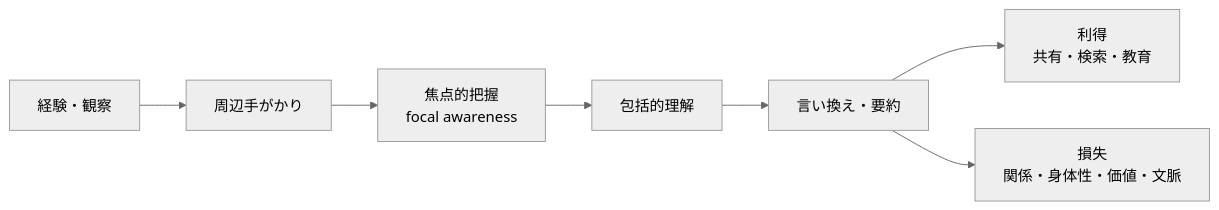
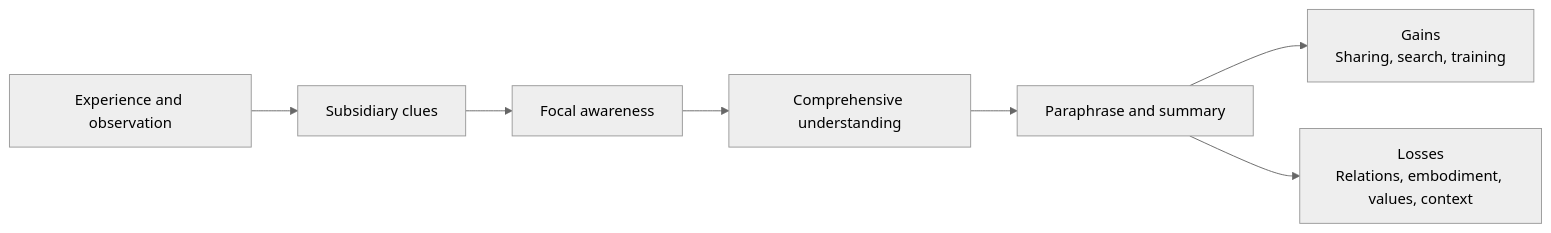
Before and after one commit to daylight55/research: the first of 3 diagrams in content/blog/en/comprehensive-understanding-paraphrase-risk.mdx, drawn with Mermaid (neutral theme). The commit also changed other lines of this file and 26 other files, not shown here.

Commit message:
Translate English Mermaid labels

````diff
--- a/content/blog/en/comprehensive-understanding-paraphrase-risk.mdx
+++ b/content/blog/en/comprehensive-understanding-paraphrase-risk.mdx
@@ -25,9 +25,9 @@
 ```mermaid
 flowchart LR
-  A["経験・観察"] --> B["周辺手がかり"]
-  B --> C["焦点的把握<br/>focal awareness"]
-  C --> D["包括的理解"]
-  D --> E["言い換え・要約"]
-  E --> F["利得<br/>共有・検索・教育"]
-  E --> G["損失<br/>関係・身体性・価値・文脈"]
+  A["Experience and observation"] --> B["Subsidiary clues"]
+  B --> C["Focal awareness"]
+  C --> D["Comprehensive understanding"]
+  D --> E["Paraphrase and summary"]
+  E --> F["Gains<br/>Sharing, search, training"]
+  E --> G["Losses<br/>Relations, embodiment, values, context"]
 ```
````
